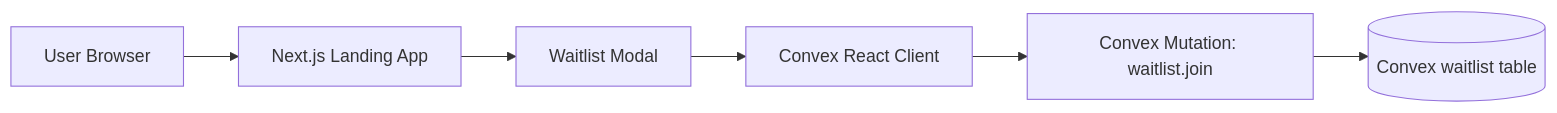
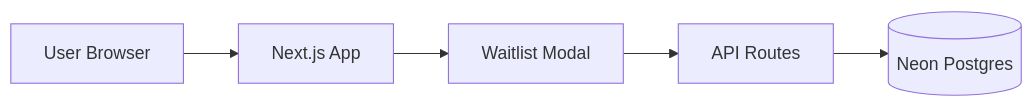
Before and after one commit to SignpostApp/landing: the diagram in README.md, drawn with Mermaid. The commit also changed other lines of this file and 1 other file, not shown here.

First line of the commit message:
feat: add GitHub badge, update stats label, rewrite README for Neon

````diff
--- a/README.md
+++ b/README.md
@@ -86,8 +79,7 @@
 ```mermaid
 flowchart LR
-  U[User Browser] --> N[Next.js Landing App]
+  U[User Browser] --> N[Next.js App]
   N --> W[Waitlist Modal]
-  W --> C[Convex React Client]
-  C --> M[Convex Mutation: waitlist.join]
-  M --> D[(Convex waitlist table)]
+  W --> A[API Routes]
+  A --> D[(Neon Postgres)]
 ```
````
